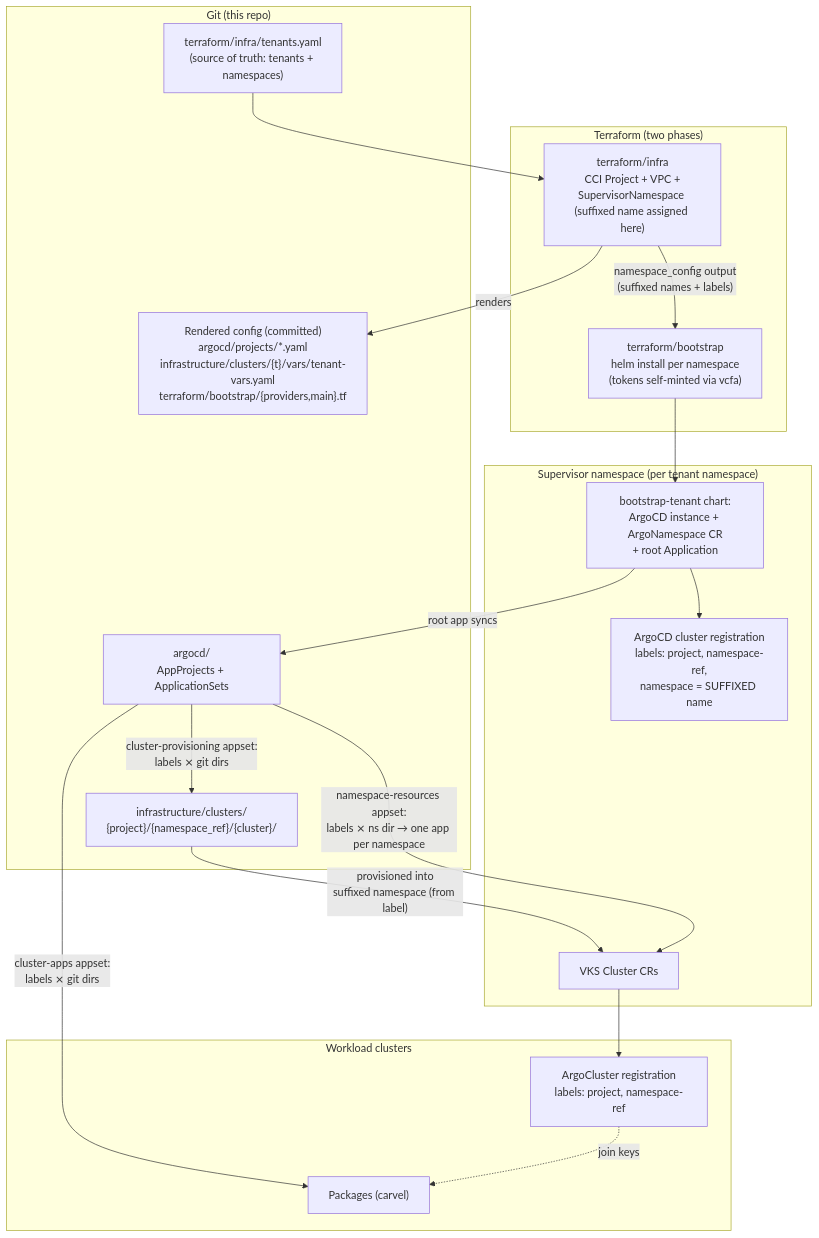
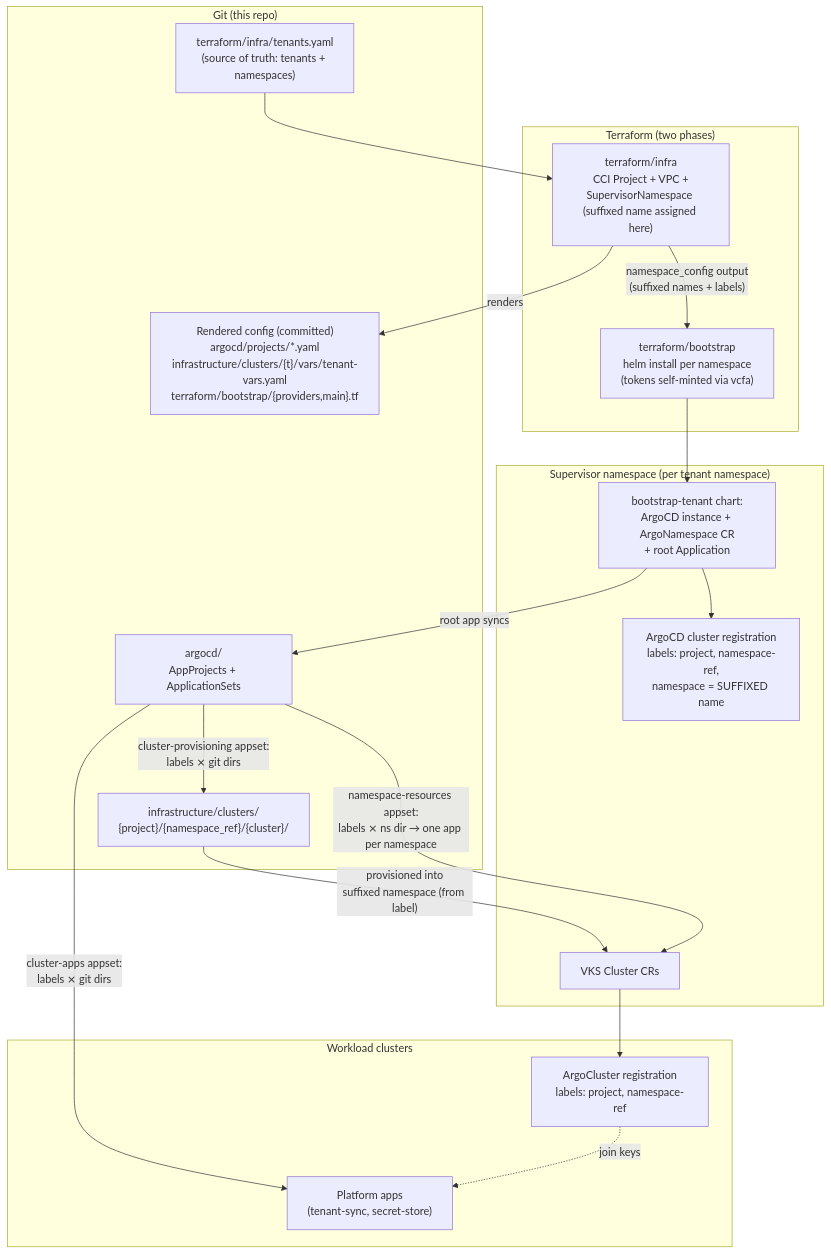
Before and after one commit to warroyo/argocd-scaffolding: the first of 7 diagrams in docs/ARCHITECTURE.md, drawn with Mermaid. The commit also changed other lines of this file and 18 other files, not shown here.

````diff
--- a/docs/ARCHITECTURE.md
+++ b/docs/ARCHITECTURE.md
@@ -41,38 +41,38 @@
 ```mermaid
 flowchart TB
     subgraph git["Git (this repo)"]
         tenants["terraform/infra/tenants.yaml<br/>(source of truth: tenants + namespaces)"]
         rendered["Rendered config (committed)<br/>argocd/projects/*.yaml<br/>infrastructure/clusters/{t}/vars/tenant-vars.yaml<br/>terraform/bootstrap/{providers,main}.tf"]
         argodir["argocd/<br/>AppProjects + ApplicationSets"]
         clusterdirs["infrastructure/clusters/<br/>{project}/{namespace_ref}/{cluster}/"]
     end
 
     subgraph tf["Terraform (two phases)"]
         infra["terraform/infra<br/>CCI Project + VPC +<br/>SupervisorNamespace (suffixed name assigned here)"]
         bootstrap["terraform/bootstrap<br/>helm install per namespace<br/>(tokens self-minted via vcfa)"]
     end
 
     subgraph sup["Supervisor namespace (per tenant namespace)"]
         chart["bootstrap-tenant chart:<br/>ArgoCD instance + ArgoNamespace CR<br/>+ root Application"]
         reg["ArgoCD cluster registration<br/>labels: project, namespace-ref,<br/>namespace = SUFFIXED name"]
         vks["VKS Cluster CRs"]
     end
 
     subgraph wl["Workload clusters"]
         attach["ArgoCluster registration<br/>labels: project, namespace-ref"]
-        pkgs["Packages (carvel)"]
+        pkgs["Platform apps<br/>(tenant-sync, secret-store)"]
     end
 
     tenants --> infra
     infra -- "renders" --> rendered
     infra -- "namespace_config output<br/>(suffixed names + labels)" --> bootstrap
     bootstrap --> chart
     chart --> reg
     chart -- "root app syncs" --> argodir
     argodir -- "cluster-provisioning appset:<br/>labels ⨯ git dirs" --> clusterdirs
     clusterdirs -- "provisioned into<br/>suffixed namespace (from label)" --> vks
     argodir -- "namespace-resources appset:<br/>labels ⨯ ns dir → one app per namespace" --> vks
     vks --> attach
     argodir -- "cluster-apps appset:<br/>labels ⨯ git dirs" --> pkgs
     attach -. "join keys" .-> pkgs
 ```
````
